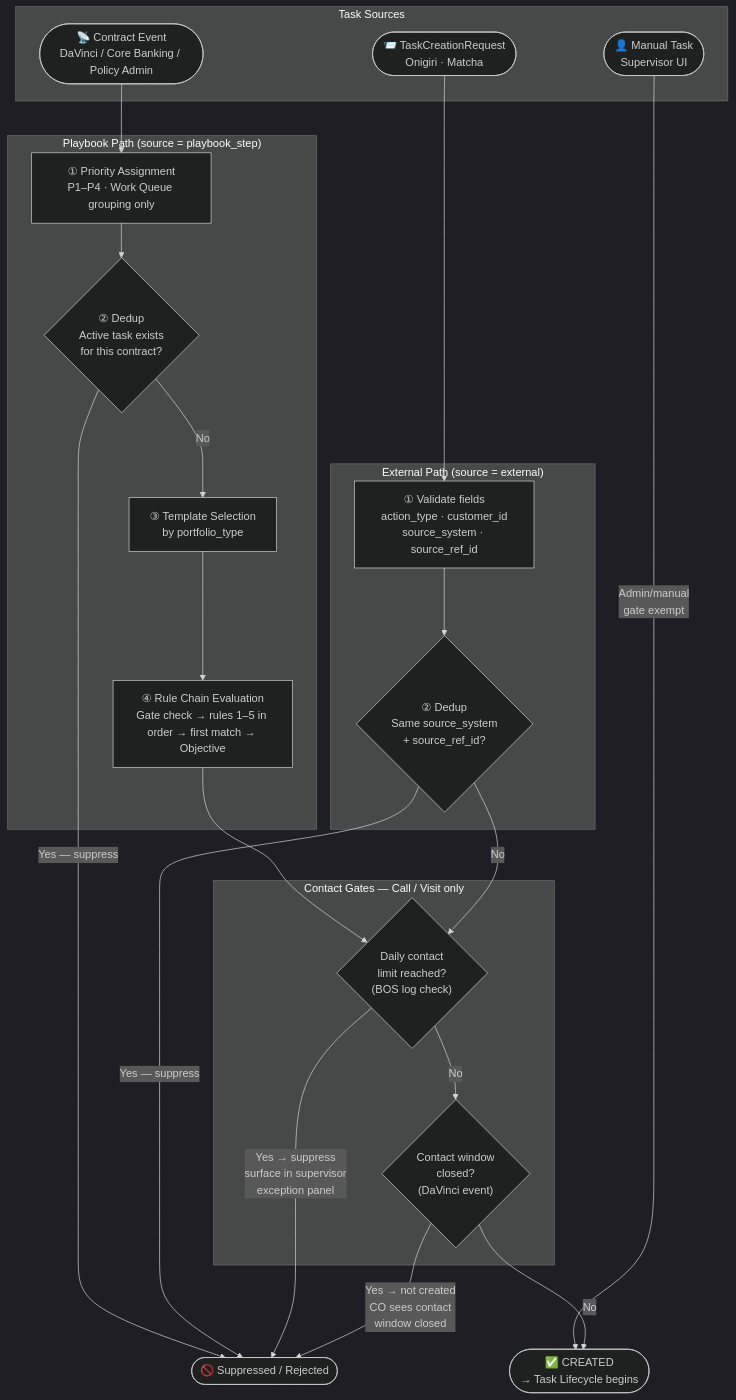
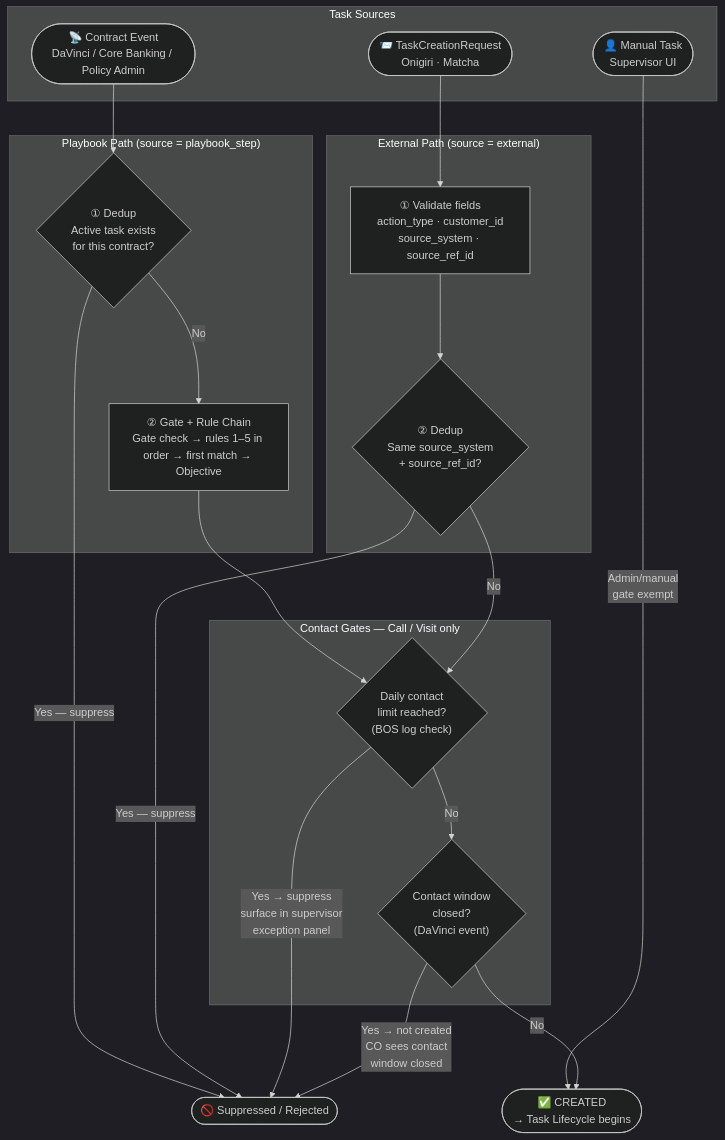
One commit to ploypapasaph-commits/to_do_list changed the first of 3 diagrams in product/operations/sensei/PRODUCT.md. Above: the diagram before and after it, drawn with Mermaid (dark theme). The commit also changed other lines of this file and 4 other files, not shown here.

First line of the commit message:
refine Sensei capability docs: rule chain, priority buckets, dashboard scope

````diff
--- a/product/operations/sensei/PRODUCT.md
+++ b/product/operations/sensei/PRODUCT.md
@@ -78,43 +78,41 @@
 ```mermaid
 flowchart TD
     subgraph SOURCES["Task Sources"]
         EV(["📡 Contract Event\nDaVinci / Core Banking / Policy Admin"])
         EXT(["📨 TaskCreationRequest\nOnigiri · Matcha"])
         MAN(["👤 Manual Task\nSupervisor UI"])
     end
 
     subgraph PLAYBOOK_PATH["Playbook Path (source = playbook_step)"]
-        PP1["① Priority Assignment\nP1–P4 · Work Queue grouping only"]
-        PP2{"② Dedup\nActive task exists\nfor this contract?"}
-        PP3["③ Template Selection\nby portfolio_type"]
-        PP4["④ Rule Chain Evaluation\nGate check → rules 1–5 in order → first match → Objective"]
+        PP1{"① Dedup\nActive task exists\nfor this contract?"}
+        PP2["② Gate + Rule Chain\nGate check → rules 1–5 in order → first match → Objective"]
     end
 
     subgraph EXT_PATH["External Path (source = external)"]
         EP1["① Validate fields\naction_type · customer_id\nsource_system · source_ref_id"]
         EP2{"② Dedup\nSame source_system\n+ source_ref_id?"}
     end
 
     subgraph GATE["Contact Gates — Call / Visit only"]
         G1{"Daily contact\nlimit reached?\n(BOS log check)"}
         G2{"Contact window\nclosed?\n(DaVinci event)"}
     end
 
     TASK(["✅ CREATED\n→ Task Lifecycle begins"])
     SUP(["🚫 Suppressed / Rejected"])
 
-    EV --> PP1 --> PP2
-    PP2 -->|"Yes — suppress"| SUP
-    PP2 -->|"No"| PP3 --> PP4 --> G1
+    EV --> PP1
+    PP1 -->|"Yes — suppress"| SUP
+    PP1 -->|"No"| PP2 --> G1
 
     EXT --> EP1 --> EP2
     EP2 -->|"Yes — suppress"| SUP
     EP2 -->|"No"| G1
 
     MAN -->|"Admin/manual\ngate exempt"| TASK
 
     G1 -->|"Yes → suppress\nsurface in supervisor\nexception panel"| SUP
     G1 -->|"No"| G2
     G2 -->|"Yes → not created\nCO sees contact\nwindow closed"| SUP
     G2 -->|"No"| TASK
 ```
````
